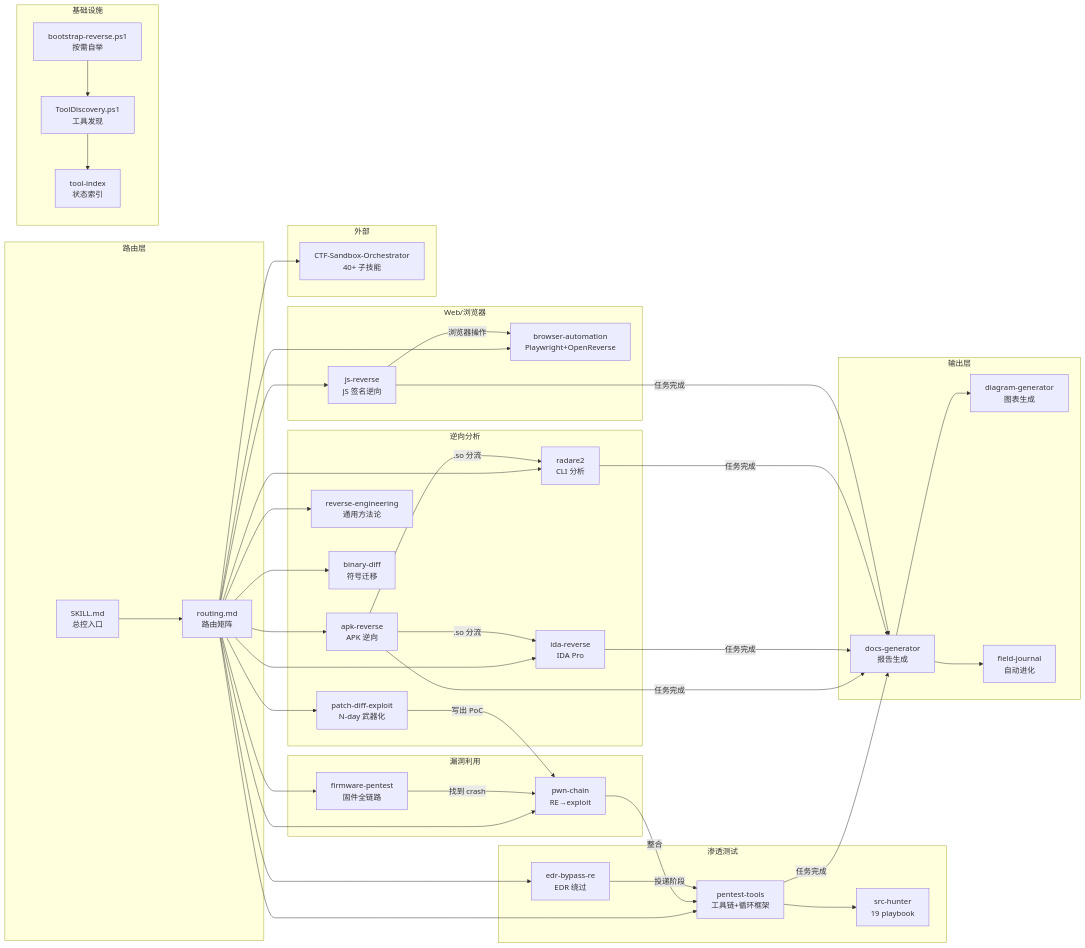
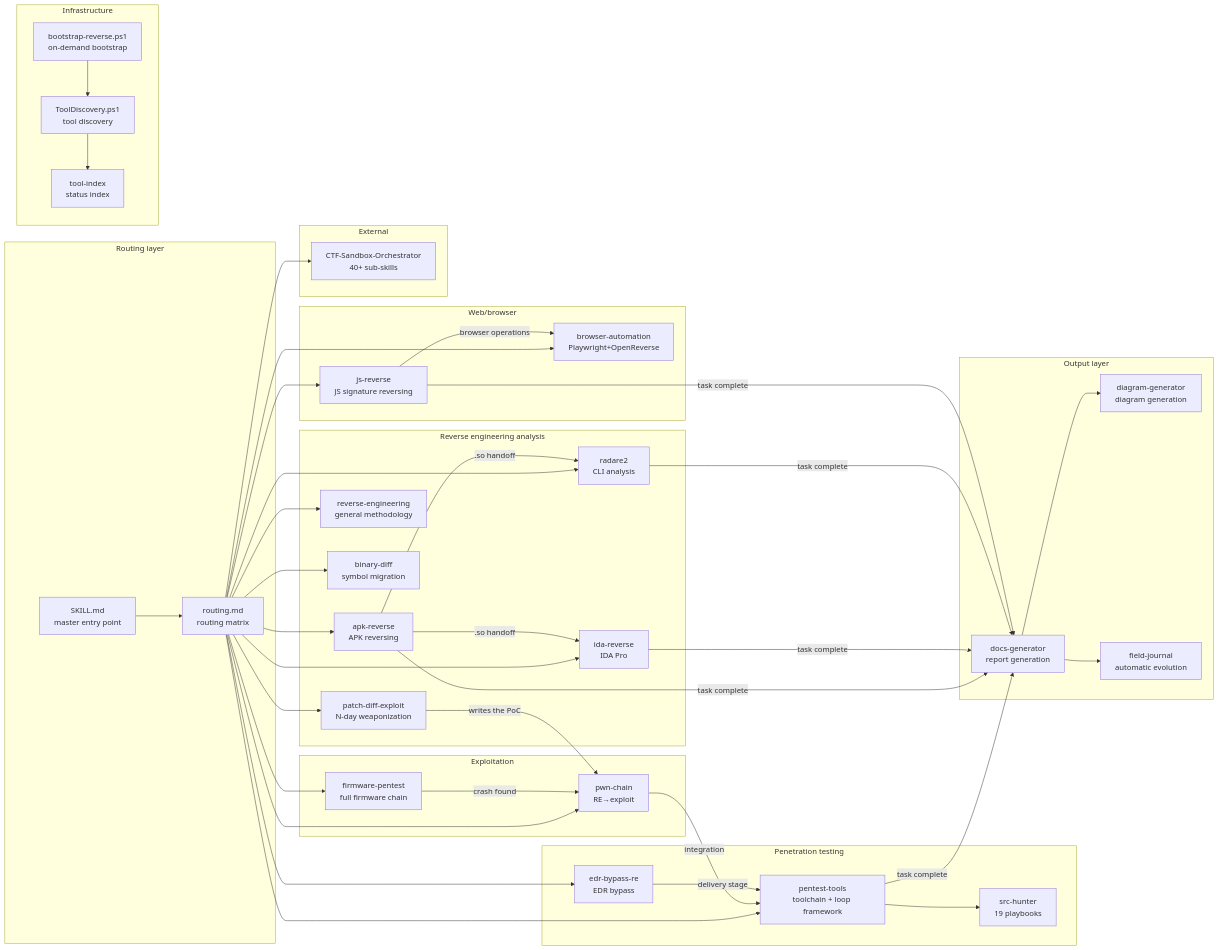
Before and after one commit to dbx0/skills: the second of 7 diagrams in skills/_infra/reverse-engineering-ctf-repo/ARCHITECTURE.md, drawn with Mermaid. The commit also changed other lines of this file and 172 other files, not shown here.

Commit message:
Translating chinese skills, adding Report skill and BugCrowd VRT categorization skill

````diff
--- a/skills/_infra/reverse-engineering-ctf-repo/ARCHITECTURE.md
+++ b/skills/_infra/reverse-engineering-ctf-repo/ARCHITECTURE.md
@@ -38,68 +38,68 @@
 ```mermaid
 flowchart LR
-    subgraph 路由层
-        SKILL[SKILL.md<br/>总控入口]
-        Routing[routing.md<br/>路由矩阵]
+    subgraph RoutingLayer[Routing layer]
+        SKILL[SKILL.md<br/>master entry point]
+        Routing[routing.md<br/>routing matrix]
     end
 
-    subgraph 逆向分析
-        APK[apk-reverse<br/>APK 逆向]
+    subgraph ReverseAnalysis[Reverse engineering analysis]
+        APK[apk-reverse<br/>APK reversing]
         IDA[ida-reverse<br/>IDA Pro]
-        R2[radare2<br/>CLI 分析]
-        RE[reverse-engineering<br/>通用方法论]
-        BinDiff[binary-diff<br/>符号迁移]
-        PatchDiff[patch-diff-exploit<br/>N-day 武器化]
+        R2[radare2<br/>CLI analysis]
+        RE[reverse-engineering<br/>general methodology]
+        BinDiff[binary-diff<br/>symbol migration]
+        PatchDiff[patch-diff-exploit<br/>N-day weaponization]
     end
 
-    subgraph 漏洞利用
+    subgraph Exploitation[Exploitation]
         Pwn[pwn-chain<br/>RE→exploit]
-        Firmware[firmware-pentest<br/>固件全链路]
+        Firmware[firmware-pentest<br/>full firmware chain]
     end
 
-    subgraph 渗透测试
-        Pentest[pentest-tools<br/>工具链+循环框架]
-        SrcHunter[src-hunter<br/>19 playbook]
-        EDR[edr-bypass-re<br/>EDR 绕过]
+    subgraph PenetrationTesting[Penetration testing]
+        Pentest[pentest-tools<br/>toolchain + loop framework]
+        SrcHunter[src-hunter<br/>19 playbooks]
+        EDR[edr-bypass-re<br/>EDR bypass]
     end
 
-    subgraph Web/浏览器
-        JS[js-reverse<br/>JS 签名逆向]
+    subgraph WebBrowser[Web/browser]
+        JS[js-reverse<br/>JS signature reversing]
         Browser[browser-automation<br/>Playwright+OpenReverse]
     end
 
-    subgraph 基础设施
-        Bootstrap[bootstrap-reverse.ps1<br/>按需自举]
-        Discovery[ToolDiscovery.ps1<br/>工具发现]
-        ToolIndex[tool-index<br/>状态索引]
+    subgraph Infrastructure[Infrastructure]
+        Bootstrap[bootstrap-reverse.ps1<br/>on-demand bootstrap]
+        Discovery[ToolDiscovery.ps1<br/>tool discovery]
+        ToolIndex[tool-index<br/>status index]
     end
 
-    subgraph 输出层
-        Docs[docs-generator<br/>报告生成]
-        Diagram[diagram-generator<br/>图表生成]
-        Journal[field-journal<br/>自动进化]
+    subgraph OutputLayer[Output layer]
+        Docs[docs-generator<br/>report generation]
+        Diagram[diagram-generator<br/>diagram generation]
+        Journal[field-journal<br/>automatic evolution]
     end
 
-    subgraph 外部
-        CTF[CTF-Sandbox-Orchestrator<br/>40+ 子技能]
+    subgraph External[External]
+        CTF[CTF-Sandbox-Orchestrator<br/>40+ sub-skills]
     end
 
     SKILL --> Routing
     Routing --> APK & IDA & R2 & RE & BinDiff & PatchDiff
     Routing --> Pentest & JS & Browser & Pwn & Firmware & EDR
     Routing --> CTF
 
     Pentest --> SrcHunter
-    APK -->|.so 分流| IDA
-    APK -->|.so 分流| R2
-    PatchDiff -->|写出 PoC| Pwn
-    Firmware -->|找到 crash| Pwn
-    Pwn -->|整合| Pentest
-    EDR -->|投递阶段| Pentest
-    JS -->|浏览器操作| Browser
+    APK -->|.so handoff| IDA
+    APK -->|.so handoff| R2
+    PatchDiff -->|writes the PoC| Pwn
+    Firmware -->|crash found| Pwn
+    Pwn -->|integration| Pentest
+    EDR -->|delivery stage| Pentest
+    JS -->|browser operations| Browser
     
     Bootstrap --> Discovery --> ToolIndex
     
-    APK & IDA & R2 & Pentest & JS -->|任务完成| Docs
+    APK & IDA & R2 & Pentest & JS -->|task complete| Docs
     Docs --> Diagram
     Docs --> Journal
 ```
````
